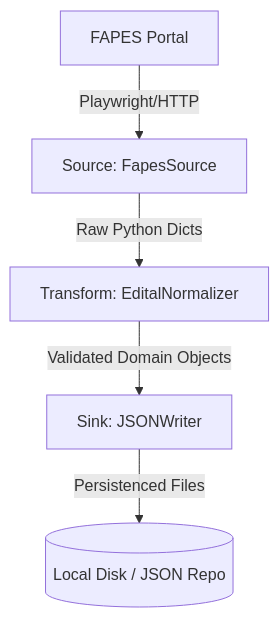
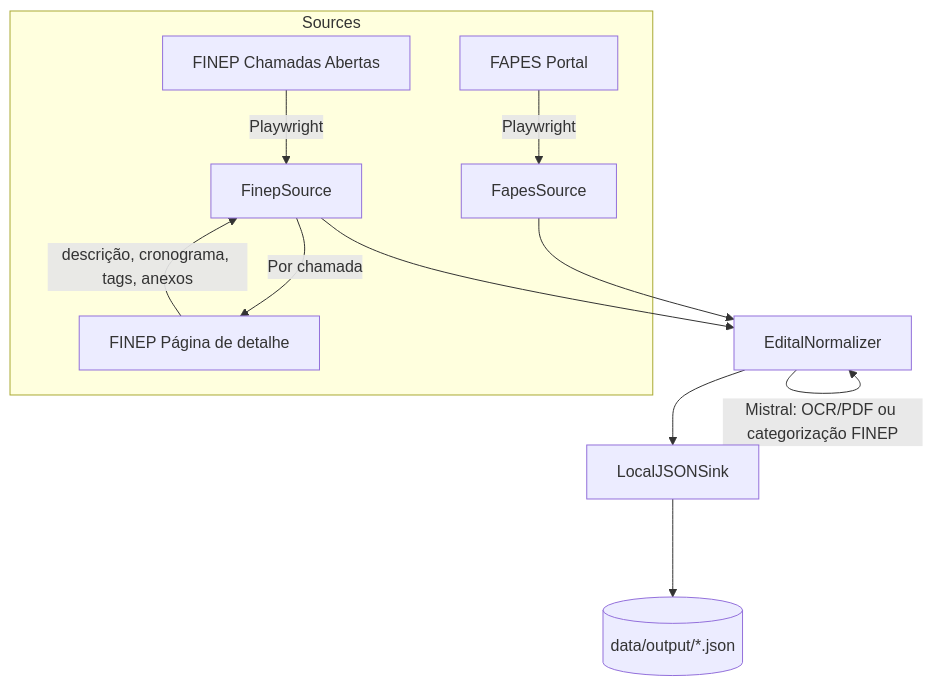
The diagram in docs/etl_architecture.md (ifesserra-lab/retrieve_edital), drawn with Mermaid before and after one commit. The commit also changed other lines of this file and 20 other files, not shown here.

First line of the commit message:
feat: registry index, rate-limit retry, remove anexos/diretrizes from output

````diff
--- a/docs/etl_architecture.md
+++ b/docs/etl_architecture.md
@@ -14,7 +14,14 @@
 ```mermaid
 graph TB
-    A[FAPES Portal] -->|Playwright/HTTP| B[Source: FapesSource]
-    B -->|Raw Python Dicts| C[Transform: EditalNormalizer]
-    C -->|Validated Domain Objects| D[Sink: JSONWriter]
-    D -->|Persistenced Files| E[(Local Disk / JSON Repo)]
+    subgraph Sources
+        A1[FAPES Portal] -->|Playwright| B1[FapesSource]
+        A2[FINEP Chamadas Abertas] -->|Playwright| B2[FinepSource]
+        B2 -->|Por chamada| A3[FINEP Página de detalhe]
+        A3 -->|descrição, cronograma, tags, anexos| B2
+    end
+    B1 --> C[EditalNormalizer]
+    B2 --> C
+    C -->|Mistral: OCR/PDF ou categorização FINEP| C
+    C --> D[LocalJSONSink]
+    D --> E[(data/output/*.json)]
 ```
````
